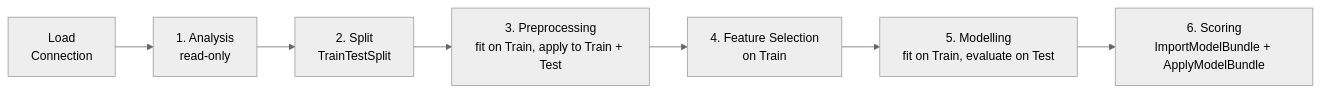
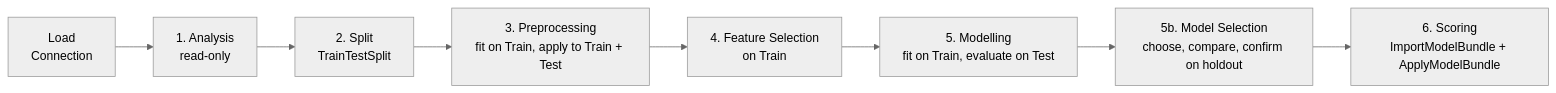
One commit to ffarukkoc/koco-ml changed the diagram in GUIDE.md. Above: the diagram before and after it, drawn with Mermaid (neutral theme). The commit also changed other lines of this file and 7 other files, not shown here.

First line of the commit message:
Add model_selection module and bump version to 0.1.1

````diff
--- a/GUIDE.md
+++ b/GUIDE.md
@@ -21,9 +22,10 @@
 ```mermaid
 flowchart LR
   L[Load<br/>Connection] --> A[1. Analysis<br/>read-only]
   A --> S[2. Split<br/>TrainTestSplit]
   S --> P[3. Preprocessing<br/>fit on Train, apply to Train + Test]
   P --> F[4. Feature Selection<br/>on Train]
   F --> M[5. Modelling<br/>fit on Train, evaluate on Test]
-  M --> D[6. Scoring<br/>ImportModelBundle + ApplyModelBundle]
+  M --> C[5b. Model Selection<br/>choose, compare, confirm on holdout]
+  C --> D[6. Scoring<br/>ImportModelBundle + ApplyModelBundle]
 ```
````
